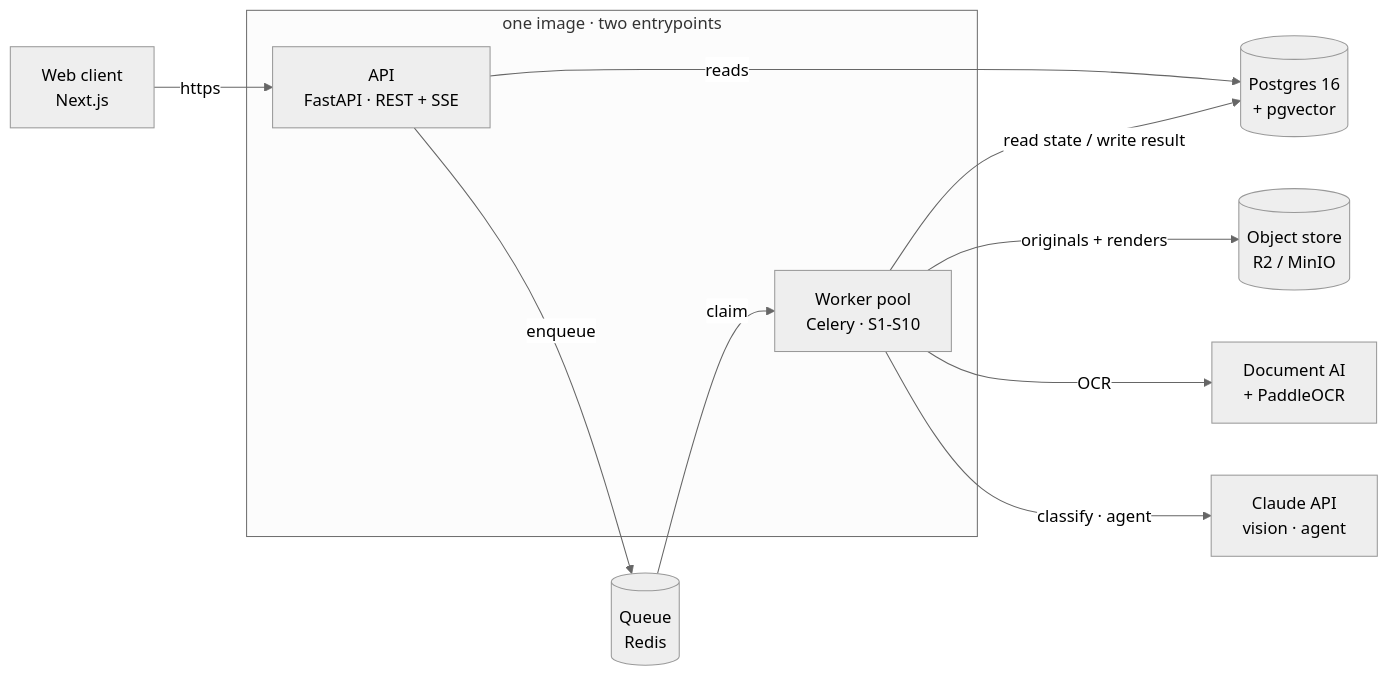
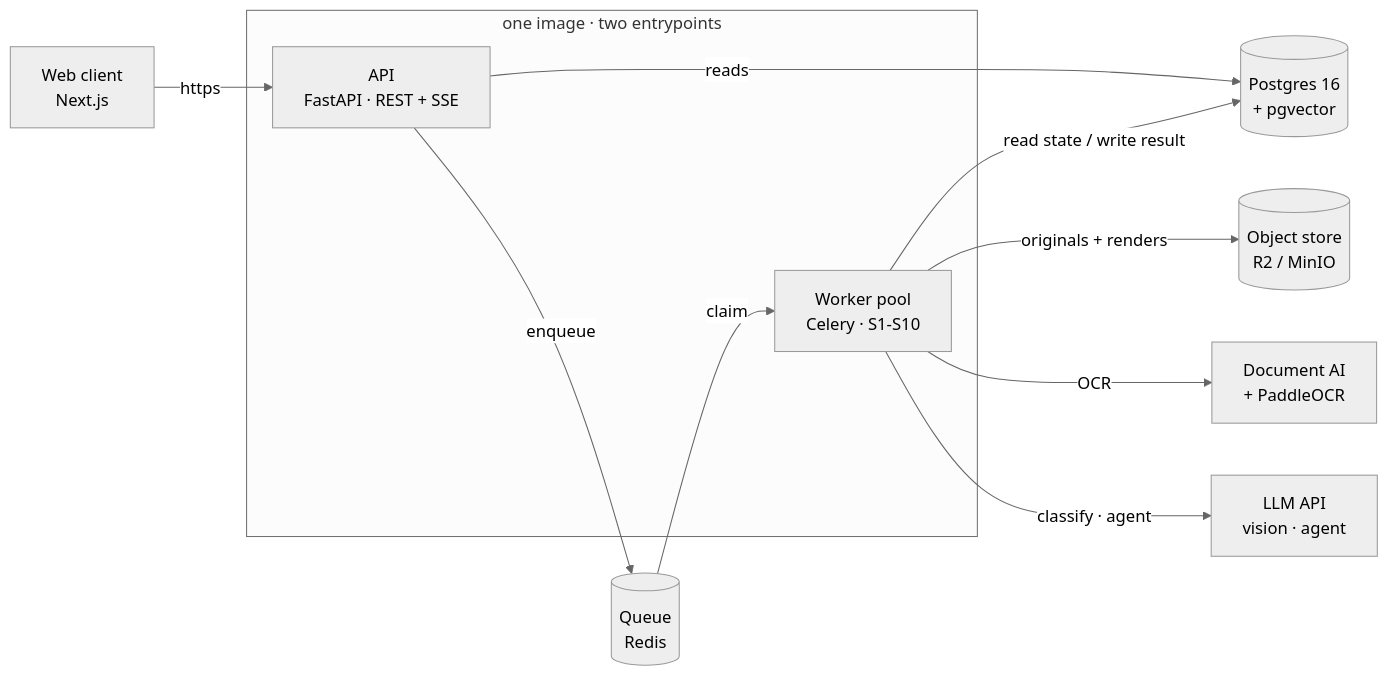
One commit to Bruh-Codes/Onrecord changed the diagram in README.md. Above: the diagram before and after it, drawn with Mermaid (neutral theme). The commit also changed other lines of this file, not shown here.

````diff
--- a/README.md
+++ b/README.md
@@ -9,24 +9,24 @@
 ```mermaid
 flowchart LR
   C["Web client<br/>Next.js"]
 
   subgraph IMG["one image · two entrypoints"]
     API["API<br/>FastAPI · REST + SSE"]
     W["Worker pool<br/>Celery · S1-S10"]
   end
 
   Q[("Queue<br/>Redis")]
   PG[("Postgres 16<br/>+ pgvector")]
   OS[("Object store<br/>R2 / MinIO")]
   DOC["Document AI<br/>+ PaddleOCR"]
-  LLM["Claude API<br/>vision · agent"]
+  LLM["LLM API<br/>vision · agent"]
 
   C -- "https" --> API
   API -- "enqueue" --> Q
   Q -- "claim" --> W
   API -- "reads" --> PG
   W -- "read state / write result" --> PG
   W -- "originals + renders" --> OS
   W -- "OCR" --> DOC
   W -- "classify · agent" --> LLM
 ```
````
